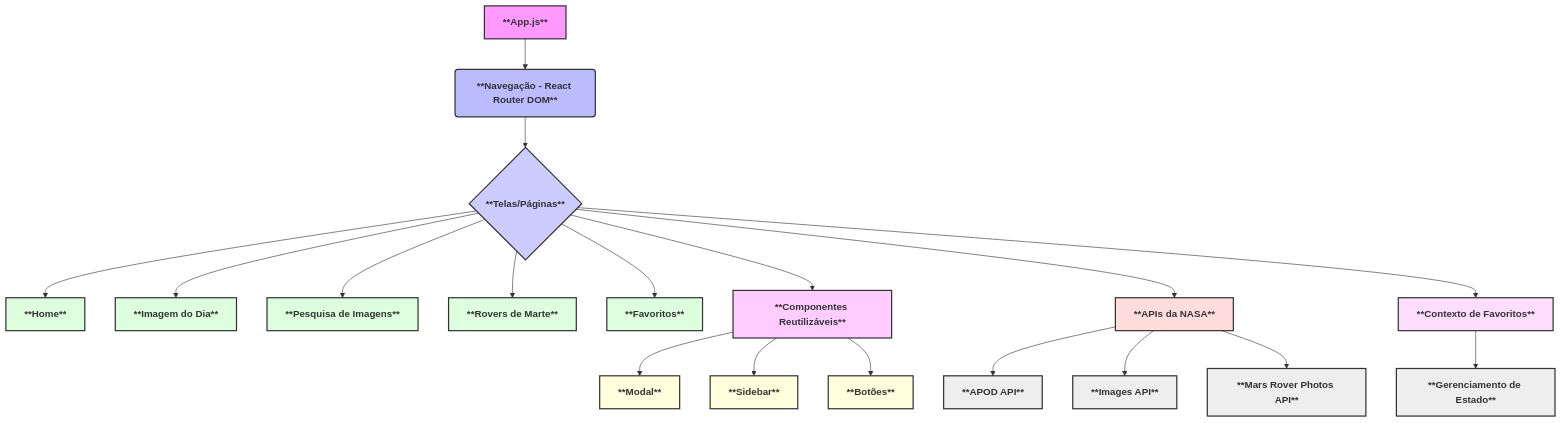
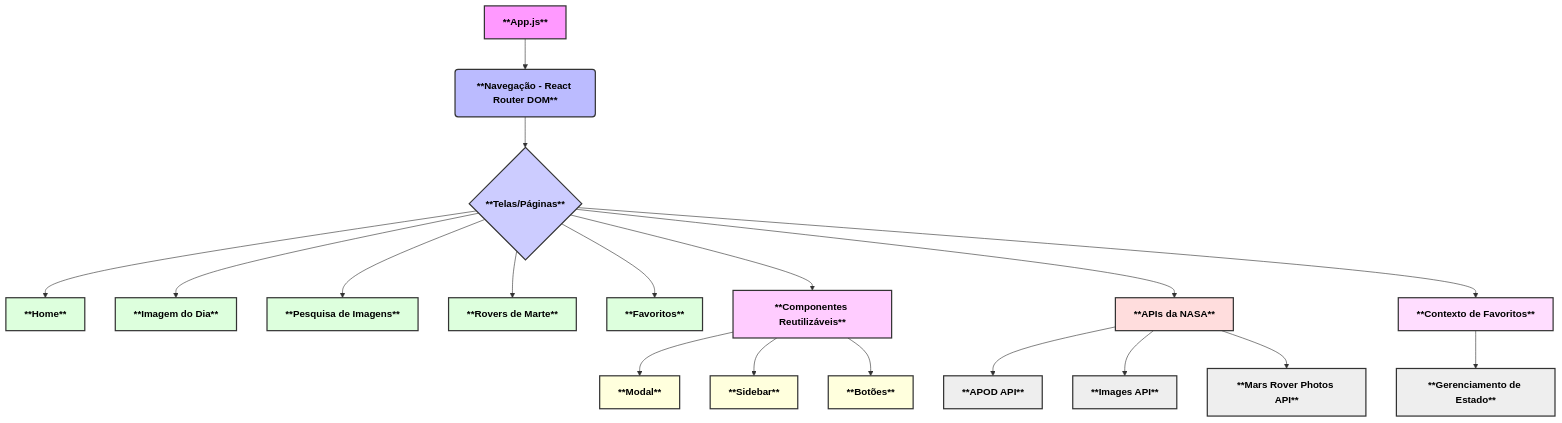
One commit to DessimA/NASA_Galery changed the diagram in README.md. Above: the diagram before and after it, drawn with Mermaid. The commit also changed other lines of this file, not shown here.

````diff
--- a/README.md
+++ b/README.md
@@ -40,42 +40,42 @@
 ```mermaid
 graph TD
     A[**App.js**] --> B(**Navegação - React Router DOM**)
     B --> C{**Telas/Páginas**}
     C --> D[**Home**]
     C --> E[**Imagem do Dia**]
     C --> F[**Pesquisa de Imagens**]
     C --> G[**Rovers de Marte**]
     C --> H[**Favoritos**]
 
     C --> I[**Componentes Reutilizáveis**]
     I --> J[**Modal**]
     I --> K[**Sidebar**]
     I --> L[**Botões**]
 
     C --> M[**APIs da NASA**]
     M --> N[**APOD API**]
     M --> O[**Images API**]
     M --> P[**Mars Rover Photos API**]
 
     C --> Q[**Contexto de Favoritos**]
     Q --> R[**Gerenciamento de Estado**]
 
-    style A fill:#f9f,stroke:#333,stroke-width:2px,font-weight:bold
-    style B fill:#bbf,stroke:#333,stroke-width:2px,font-weight:bold
-    style C fill:#ccf,stroke:#333,stroke-width:2px,font-weight:bold
-    style D fill:#dfd,stroke:#333,stroke-width:2px,font-weight:bold
-    style E fill:#dfd,stroke:#333,stroke-width:2px,font-weight:bold
-    style F fill:#dfd,stroke:#333,stroke-width:2px,font-weight:bold
-    style G fill:#dfd,stroke:#333,stroke-width:2px,font-weight:bold
-    style H fill:#dfd,stroke:#333,stroke-width:2px,font-weight:bold
-    style I fill:#fcf,stroke:#333,stroke-width:2px,font-weight:bold
-    style J fill:#ffd,stroke:#333,stroke-width:2px,font-weight:bold
-    style K fill:#ffd,stroke:#333,stroke-width:2px,font-weight:bold
-    style L fill:#ffd,stroke:#333,stroke-width:2px,font-weight:bold
-    style M fill:#fdd,stroke:#333,stroke-width:2px,font-weight:bold
-    style N fill:#eee,stroke:#333,stroke-width:2px,font-weight:bold
-    style O fill:#eee,stroke:#333,stroke-width:2px,font-weight:bold
-    style P fill:#eee,stroke:#333,stroke-width:2px,font-weight:bold
-    style Q fill:#fdf,stroke:#333,stroke-width:2px,font-weight:bold
-    style R fill:#eee,stroke:#333,stroke-width:2px,font-weight:bold
+    style A fill:#f9f,stroke:#333,stroke-width:2px,font-weight:bold,color:#000
+    style B fill:#bbf,stroke:#333,stroke-width:2px,font-weight:bold,color:#000
+    style C fill:#ccf,stroke:#333,stroke-width:2px,font-weight:bold,color:#000
+    style D fill:#dfd,stroke:#333,stroke-width:2px,font-weight:bold,color:#000
+    style E fill:#dfd,stroke:#333,stroke-width:2px,font-weight:bold,color:#000
+    style F fill:#dfd,stroke:#333,stroke-width:2px,font-weight:bold,color:#000
+    style G fill:#dfd,stroke:#333,stroke-width:2px,font-weight:bold,color:#000
+    style H fill:#dfd,stroke:#333,stroke-width:2px,font-weight:bold,color:#000
+    style I fill:#fcf,stroke:#333,stroke-width:2px,font-weight:bold,color:#000
+    style J fill:#ffd,stroke:#333,stroke-width:2px,font-weight:bold,color:#000
+    style K fill:#ffd,stroke:#333,stroke-width:2px,font-weight:bold,color:#000
+    style L fill:#ffd,stroke:#333,stroke-width:2px,font-weight:bold,color:#000
+    style M fill:#fdd,stroke:#333,stroke-width:2px,font-weight:bold,color:#000
+    style N fill:#eee,stroke:#333,stroke-width:2px,font-weight:bold,color:#000
+    style O fill:#eee,stroke:#333,stroke-width:2px,font-weight:bold,color:#000
+    style P fill:#eee,stroke:#333,stroke-width:2px,font-weight:bold,color:#000
+    style Q fill:#fdf,stroke:#333,stroke-width:2px,font-weight:bold,color:#000
+    style R fill:#eee,stroke:#333,stroke-width:2px,font-weight:bold,color:#000
 ```
````
